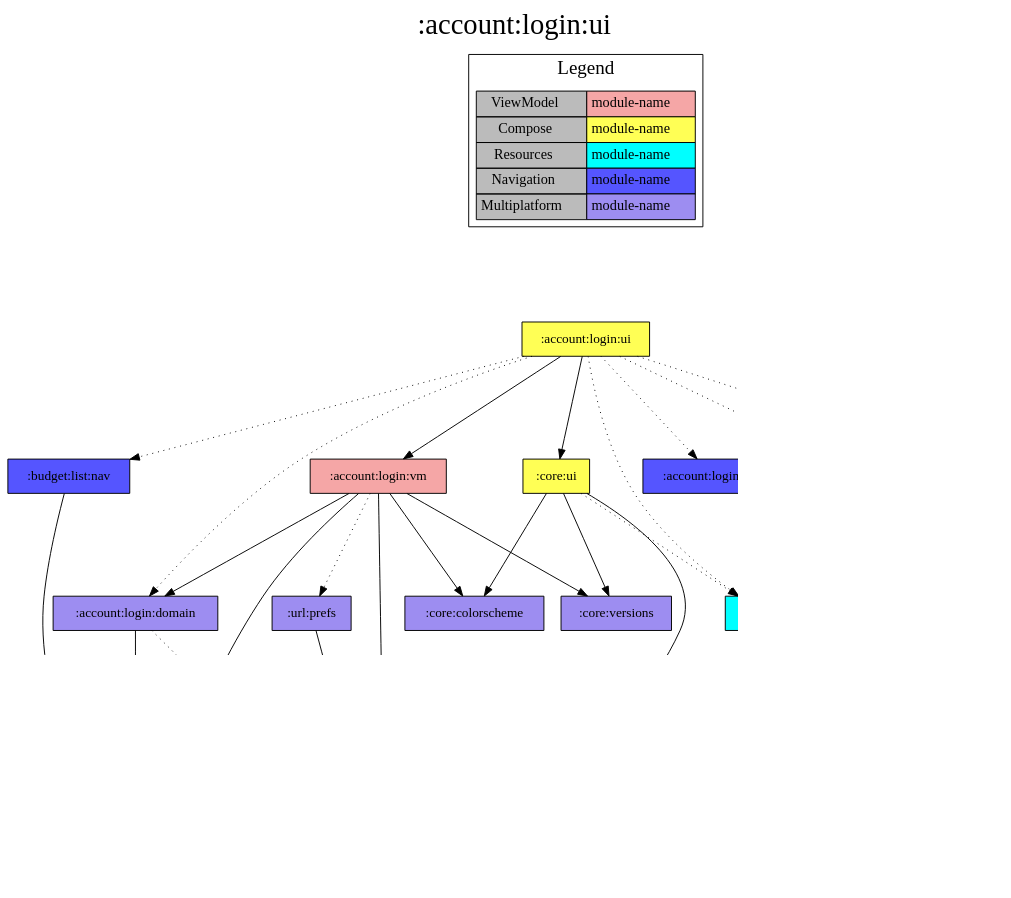
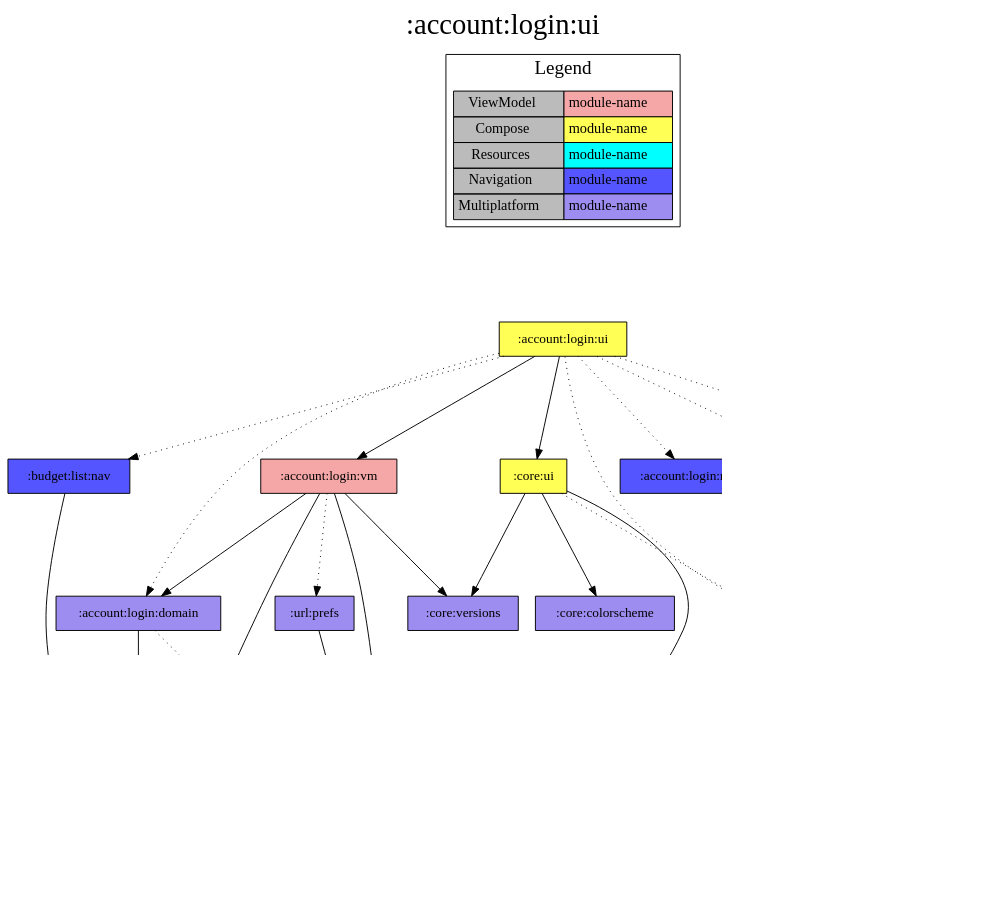
Before and after one commit to jonapoul/aktual: the diagram in modules/account/login/ui/project-dependency-graph.dot, drawn with Graphviz. The commit also changed 46 other files, not shown here.

```diff
--- a/modules/account/login/ui/project-dependency-graph.dot
+++ b/modules/account/login/ui/project-dependency-graph.dot
@@ -1,63 +1,62 @@
 digraph {
 edge ["dir"="forward"]
 graph ["dpi"="100","label"=":account:login:ui","labelloc"="t","fontsize"="30","ranksep"="1.5","rankdir"="TB"]
 node ["style"="filled"]
 ":account:login:domain" ["fillcolor"="#9D8DF1","shape"="box"]
 ":account:login:nav" ["fillcolor"="#5555FF","shape"="box"]
 ":account:login:res" ["fillcolor"="#00FFFF","shape"="box"]
 ":account:login:ui" ["fillcolor"="#FFFF55","shape"="box"]
 ":account:login:vm" ["fillcolor"="#F5A6A6","shape"="box"]
 ":account:model" ["fillcolor"="#9D8DF1","shape"="box"]
 ":api:actual" ["fillcolor"="#9D8DF1","shape"="box"]
 ":budget:list:nav" ["fillcolor"="#5555FF","shape"="box"]
 ":budget:model" ["fillcolor"="#9D8DF1","shape"="box"]
 ":core:colorscheme" ["fillcolor"="#9D8DF1","shape"="box"]
 ":core:res" ["fillcolor"="#00FFFF","shape"="box"]
 ":core:ui" ["fillcolor"="#FFFF55","shape"="box"]
 ":core:versions" ["fillcolor"="#9D8DF1","shape"="box"]
 ":url:model" ["fillcolor"="#9D8DF1","shape"="box"]
 ":url:nav" ["fillcolor"="#5555FF","shape"="box"]
 ":url:prefs" ["fillcolor"="#9D8DF1","shape"="box"]
 {
 edge ["dir"="none"]
 graph ["rank"="same"]
 }
 ":account:login:domain" -> ":account:model"
 ":account:login:domain" -> ":api:actual" ["style"="dotted"]
 ":account:login:ui" -> ":account:login:domain" ["style"="dotted"]
 ":account:login:ui" -> ":account:login:nav" ["style"="dotted"]
 ":account:login:ui" -> ":account:login:res" ["style"="dotted"]
 ":account:login:ui" -> ":account:login:vm"
 ":account:login:ui" -> ":budget:list:nav" ["style"="dotted"]
 ":account:login:ui" -> ":core:res" ["style"="dotted"]
 ":account:login:ui" -> ":core:ui"
 ":account:login:ui" -> ":url:nav" ["style"="dotted"]
 ":account:login:vm" -> ":account:login:domain"
 ":account:login:vm" -> ":account:model"
-":account:login:vm" -> ":core:colorscheme"
 ":account:login:vm" -> ":core:versions"
 ":account:login:vm" -> ":url:model"
 ":account:login:vm" -> ":url:prefs" ["style"="dotted"]
 ":api:actual" -> ":account:model"
 ":api:actual" -> ":budget:model"
 ":api:actual" -> ":url:model"
 ":budget:list:nav" -> ":account:model"
 ":core:ui" -> ":core:colorscheme"
 ":core:ui" -> ":core:res" ["style"="dotted"]
 ":core:ui" -> ":core:versions"
 ":core:ui" -> ":url:model"
 ":url:prefs" -> ":url:model"
 subgraph "cluster_legend" {
 edge ["dir"="none"]
 graph ["label"="Legend","fontsize"="20"]
 "Legend" ["style"="filled","fillcolor"="#bbbbbb","shape"="none","margin"="0","fontsize"="15","label"=<
 <TABLE BORDER="0" CELLBORDER="1" CELLSPACING="0" CELLPADDING="4">
 <TR><TD>ViewModel</TD><TD BGCOLOR="#F5A6A6">module-name</TD></TR>
 <TR><TD>Compose</TD><TD BGCOLOR="#FFFF55">module-name</TD></TR>
 <TR><TD>Resources</TD><TD BGCOLOR="#00FFFF">module-name</TD></TR>
 <TR><TD>Navigation</TD><TD BGCOLOR="#5555FF">module-name</TD></TR>
 <TR><TD>Multiplatform</TD><TD BGCOLOR="#9D8DF1">module-name</TD></TR>
 </TABLE>
 >]
 } -> ":account:login:ui" ["style"="invis"]
 }
```
